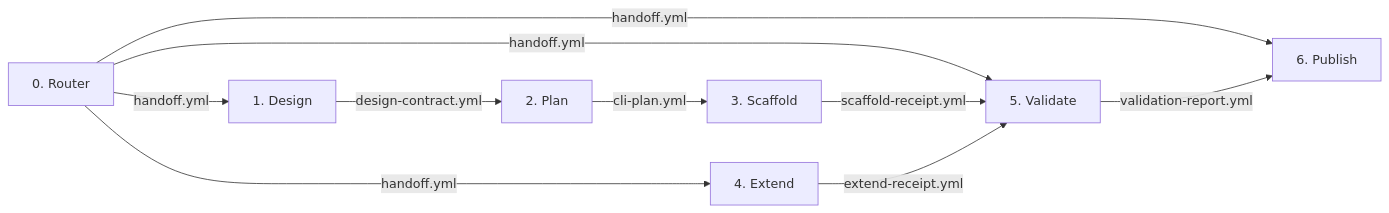
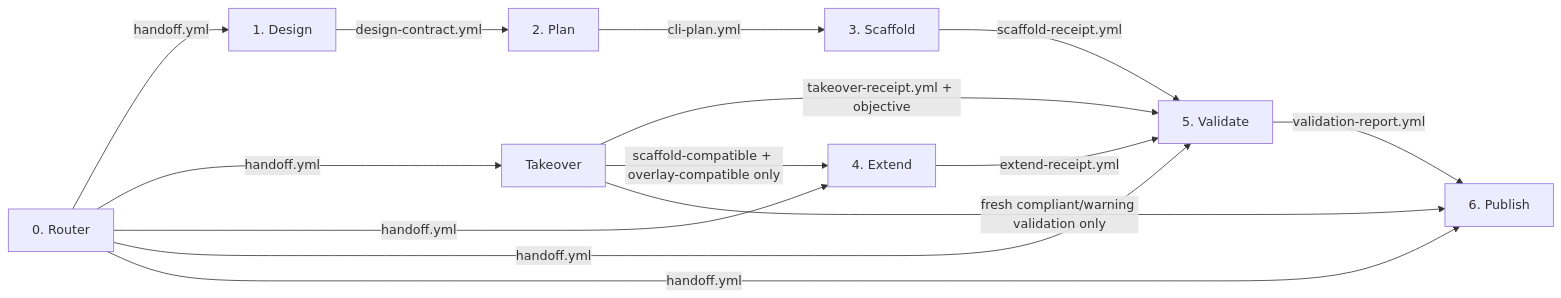
Before and after one commit to ByteLandTechnology/cli-forge: the diagram in README.md, drawn with Mermaid. The commit also changed other lines of this file and 14 other files, not shown here.

````diff
--- a/README.md
+++ b/README.md
@@ -13,12 +27,16 @@
 ```mermaid
 graph LR
     R[0. Router] -->|handoff.yml| D[1. Design]
+    R -->|handoff.yml| T[Takeover]
     R -->|handoff.yml| E[4. Extend]
     R -->|handoff.yml| V[5. Validate]
     R -->|handoff.yml| P[6. Publish]
     D -->|design-contract.yml| PL[2. Plan]
     PL -->|cli-plan.yml| S[3. Scaffold]
     S -->|scaffold-receipt.yml| V
+    T -->|takeover-receipt.yml + objective| V
+    T -->|scaffold-compatible + overlay-compatible only| E
+    T -->|fresh compliant/warning validation only| P
     E -->|extend-receipt.yml| V
     V -->|validation-report.yml| P
 ```
````
